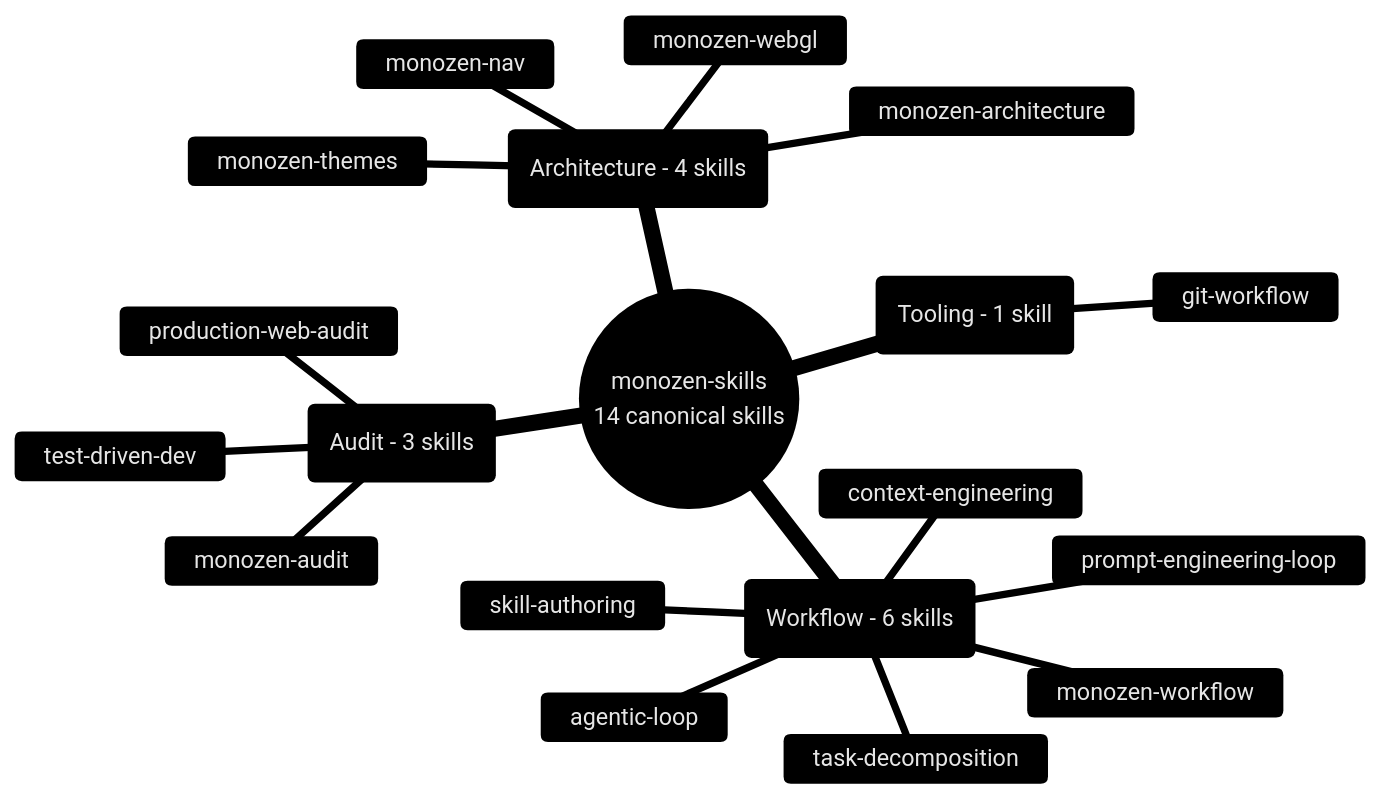
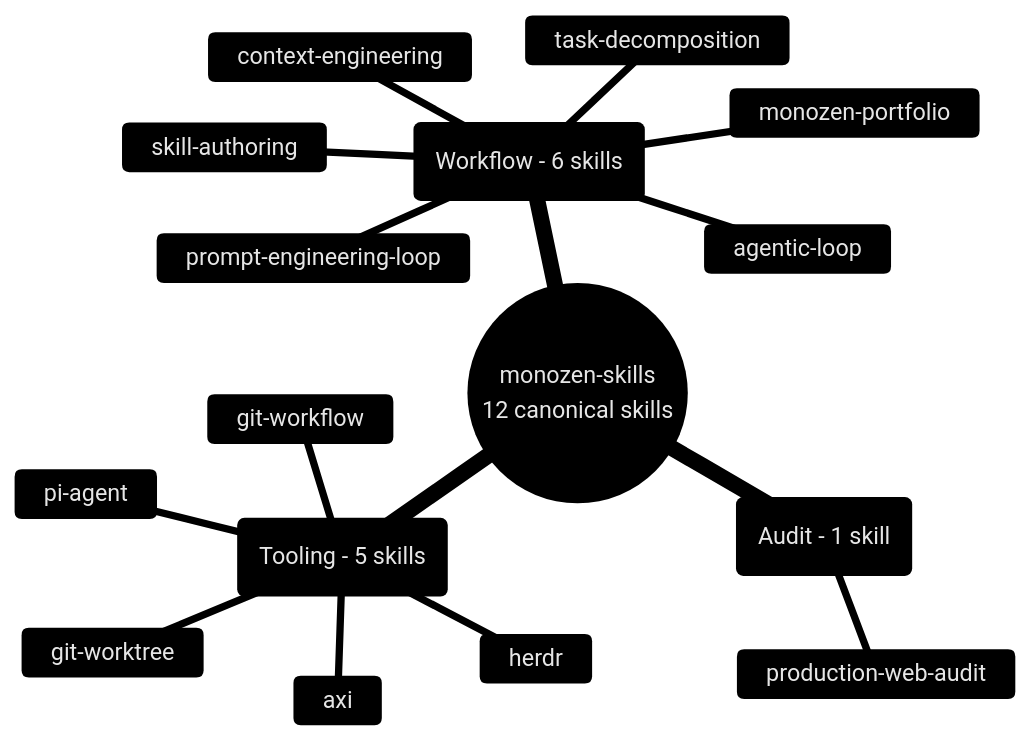
One commit to 8-BitRhyon/monozen-skills changed the diagram in assets/skill-taxonomy.mmd. Above: the diagram before and after it, drawn with Mermaid. The commit also changed 33 other files, not shown here.

```diff
--- a/assets/skill-taxonomy.mmd
+++ b/assets/skill-taxonomy.mmd
@@ -1,22 +1,19 @@
 %%{init: {'theme': 'base', 'themeVariables': {'primaryColor': '#1a1a2e', 'primaryTextColor': '#e6e6e6', 'primaryBorderColor': '#8b7eff', 'lineColor': '#5a5a8a', 'secondaryColor': '#12132b', 'tertiaryColor': '#0b0c15', 'fontFamily': 'Inter, system-ui, sans-serif'}}}%%
 
 mindmap
-  root((monozen-skills<br/>14 canonical skills))
+  root((monozen-skills<br/>12 canonical skills))
     ::_(Workflow - 6 skills)
       agentic-loop
-      monozen-workflow
+      monozen-portfolio
       task-decomposition
       context-engineering
       prompt-engineering-loop
       skill-authoring
-    ::_(Audit - 3 skills)
-      monozen-audit
+    ::_(Audit - 1 skill)
       production-web-audit
-      test-driven-dev
-    ::_(Architecture - 4 skills)
-      monozen-architecture
-      monozen-themes
-      monozen-webgl
-      monozen-nav
-    ::_(Tooling - 1 skill)
+    ::_(Tooling - 5 skills)
+      axi
+      pi-agent
+      herdr
+      git-worktree
       git-workflow
```
